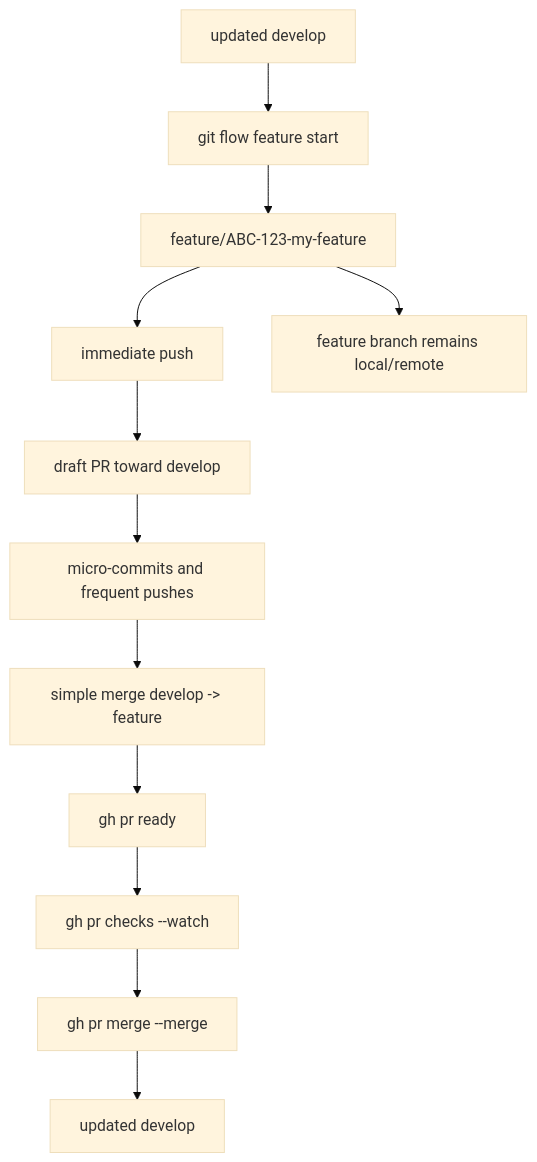
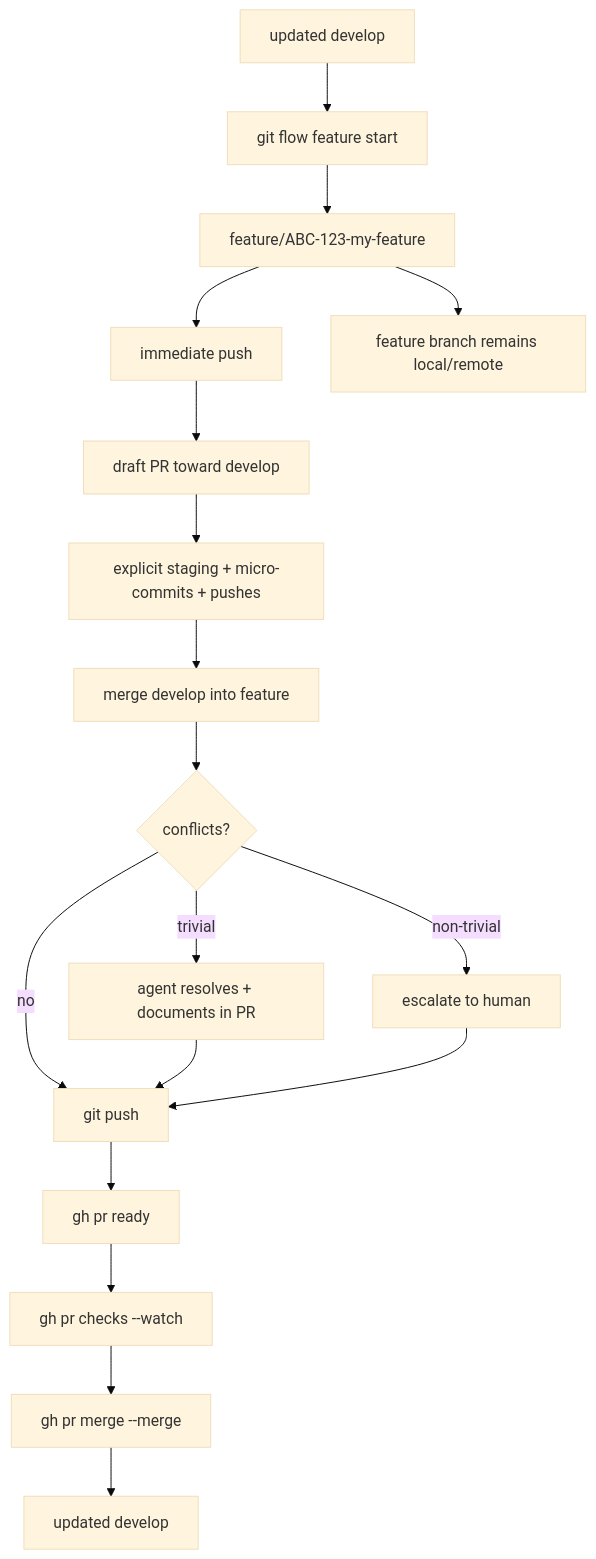
Before and after one commit to NickF93/AgentOrchestrator: the first of 6 diagrams in docs/design/gitflow-pr-only-terminal-workflow.md, drawn with Mermaid (base theme). The commit also changed other lines of this file, not shown here.

First line of the commit message:
docs(design): align Mermaid diagrams with operational refinements

````diff
--- a/docs/design/gitflow-pr-only-terminal-workflow.md
+++ b/docs/design/gitflow-pr-only-terminal-workflow.md
@@ -481,14 +481,20 @@
 ```mermaid
 flowchart TD
     A[updated develop] --> B[git flow feature start]
     B --> C[feature/ABC-123-my-feature]
     C --> D[immediate push]
     D --> E[draft PR toward develop]
-    E --> F[micro-commits and frequent pushes]
-    F --> G[simple merge develop -> feature]
-    G --> H[gh pr ready]
-    H --> I[gh pr checks --watch]
-    I --> J[gh pr merge --merge]
-    J --> K[updated develop]
-    C --> L[feature branch remains local/remote]
+    E --> F[explicit staging + micro-commits + pushes]
+    F --> G[merge develop into feature]
+    G --> H{conflicts?}
+    H -- no --> I[git push]
+    H -- trivial --> J[agent resolves + documents in PR]
+    J --> I
+    H -- non-trivial --> K[escalate to human]
+    K --> I
+    I --> L[gh pr ready]
+    L --> M[gh pr checks --watch]
+    M --> N[gh pr merge --merge]
+    N --> O[updated develop]
+    C --> P[feature branch remains local/remote]
 ```
````
